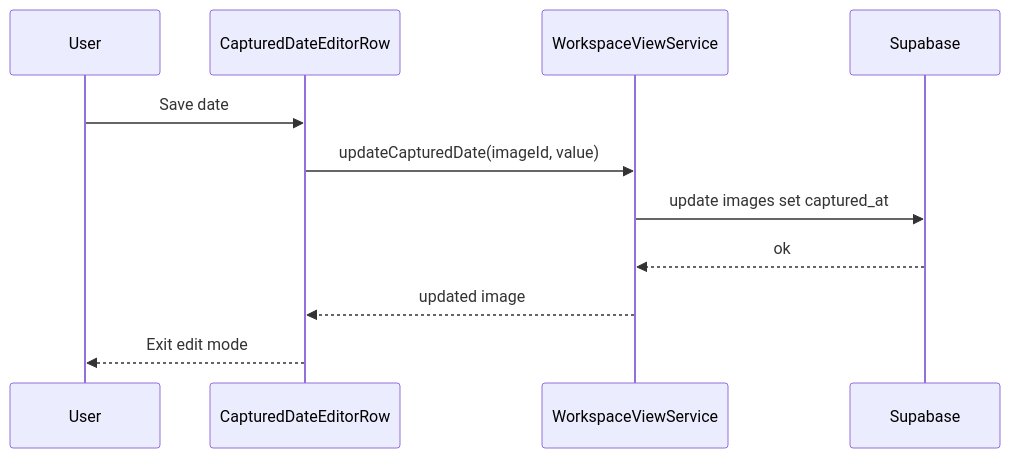
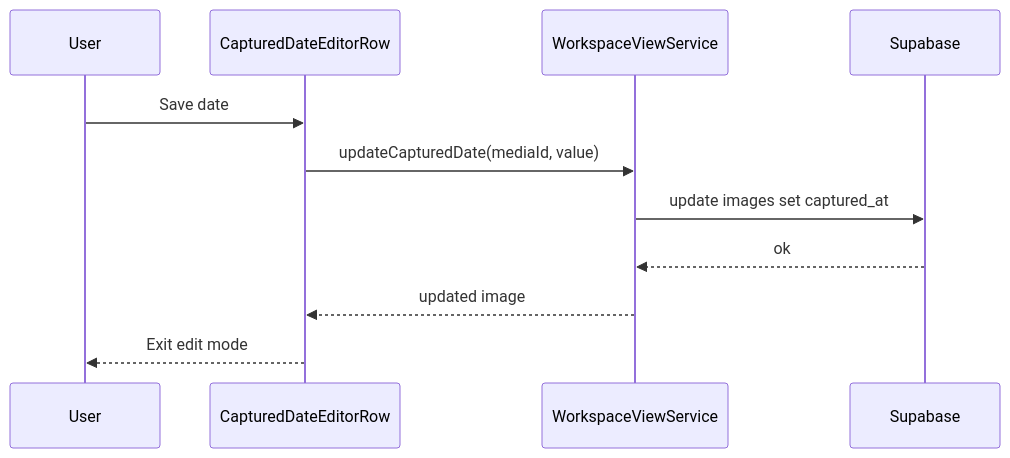
The second of 2 diagrams in docs/element-specs/captured-date-editor.md (matkleve/feldpost), drawn with Mermaid before and after one commit. The commit also changed 19 other files, not shown here.

First line of the commit message:
refactor: update references from imageId to mediaId across documentation

````diff
--- a/docs/element-specs/captured-date-editor.md
+++ b/docs/element-specs/captured-date-editor.md
@@ -72,14 +72,14 @@
 ```mermaid
 sequenceDiagram
 	participant U as User
 	participant C as CapturedDateEditorRow
 	participant W as WorkspaceViewService
 	participant D as Supabase
 
 	U->>C: Save date
-	C->>W: updateCapturedDate(imageId, value)
+	C->>W: updateCapturedDate(mediaId, value)
 	W->>D: update images set captured_at
 	D-->>W: ok
 	W-->>C: updated image
 	C-->>U: Exit edit mode
 ```
````
